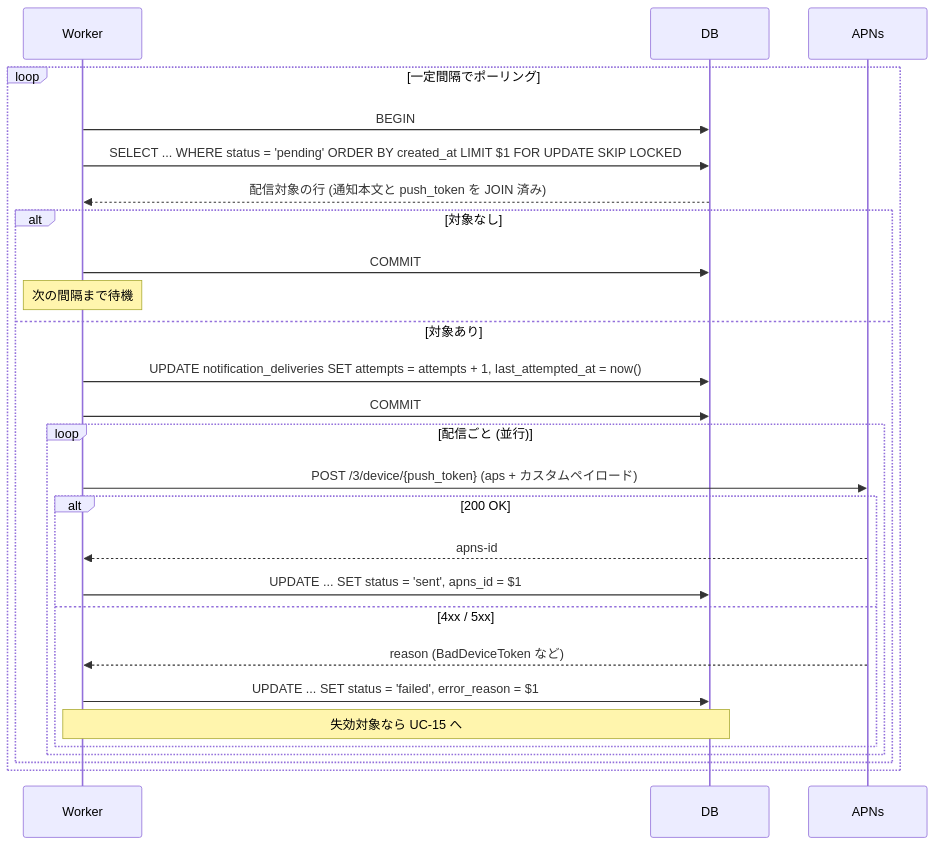
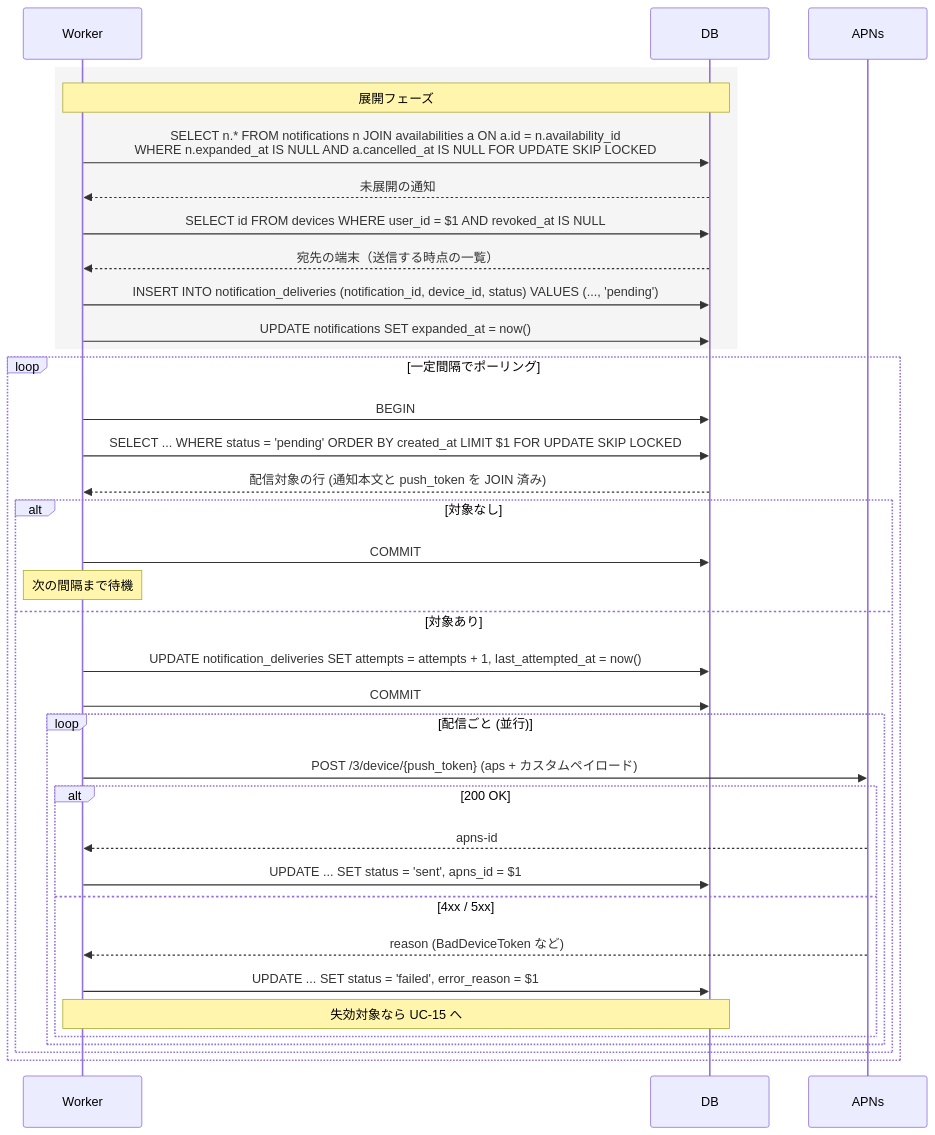
The first of 2 diagrams in docs/usecases/notification-delivery.md (sawakishuto/himasoku-go), drawn with Mermaid before and after one commit. The commit also changed other lines of this file and 3 other files, not shown here.

````diff
--- a/docs/usecases/notification-delivery.md
+++ b/docs/usecases/notification-delivery.md
@@ -15,33 +20,45 @@
 ```mermaid
 sequenceDiagram
     participant Worker
     participant DB
     participant APNs
+
+    rect rgb(245, 245, 245)
+        Note over Worker,DB: 展開フェーズ
+        Worker->>DB: SELECT n.* FROM notifications n JOIN availabilities a ON a.id = n.availability_id<br/>WHERE n.expanded_at IS NULL AND a.cancelled_at IS NULL FOR UPDATE SKIP LOCKED
+        DB-->>Worker: 未展開の通知
+
+        Worker->>DB: SELECT id FROM devices WHERE user_id = $1 AND revoked_at IS NULL
+        DB-->>Worker: 宛先の端末（送信する時点の一覧）
+
+        Worker->>DB: INSERT INTO notification_deliveries (notification_id, device_id, status) VALUES (..., 'pending')
+        Worker->>DB: UPDATE notifications SET expanded_at = now()
+    end
 
     loop 一定間隔でポーリング
         Worker->>DB: BEGIN
         Worker->>DB: SELECT ... WHERE status = 'pending' ORDER BY created_at LIMIT $1 FOR UPDATE SKIP LOCKED
         DB-->>Worker: 配信対象の行 (通知本文と push_token を JOIN 済み)
 
         alt 対象なし
             Worker->>DB: COMMIT
             Note over Worker: 次の間隔まで待機
         else 対象あり
             Worker->>DB: UPDATE notification_deliveries SET attempts = attempts + 1, last_attempted_at = now()
             Worker->>DB: COMMIT
 
             loop 配信ごと (並行)
                 Worker->>APNs: POST /3/device/{push_token} (aps + カスタムペイロード)
 
                 alt 200 OK
                     APNs-->>Worker: apns-id
                     Worker->>DB: UPDATE ... SET status = 'sent', apns_id = $1
                 else 4xx / 5xx
                     APNs-->>Worker: reason (BadDeviceToken など)
                     Worker->>DB: UPDATE ... SET status = 'failed', error_reason = $1
                     Note over Worker,DB: 失効対象なら UC-15 へ
                 end
             end
         end
     end
 ```
````
